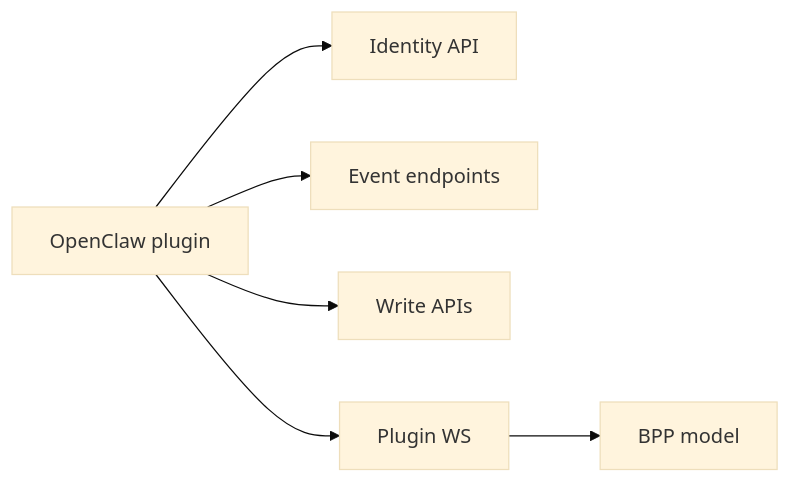
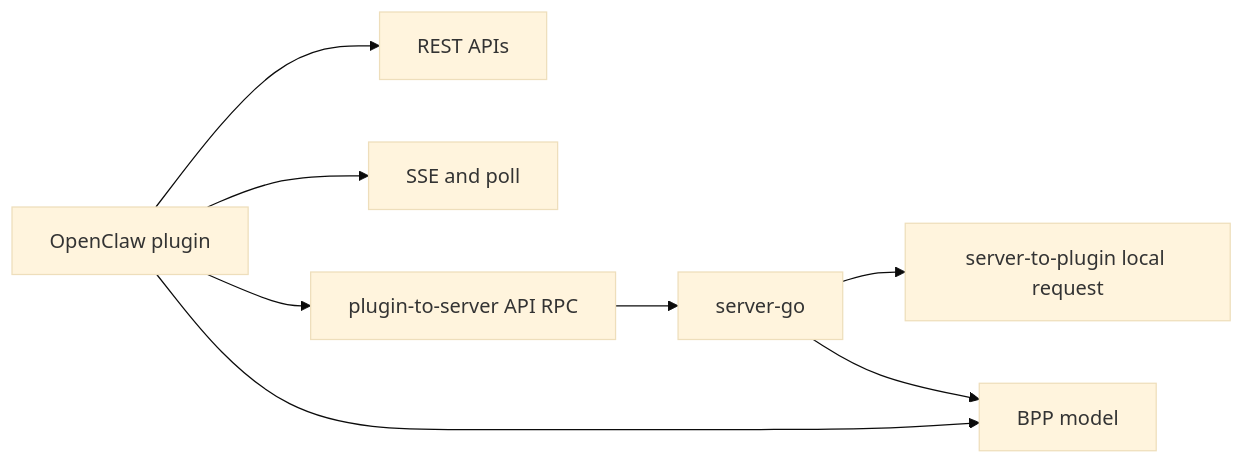
The diagram in docs/current/plugin/server-contracts.md (codetreker/borgee), drawn with Mermaid (base theme) before and after one commit. The commit also changed other lines of this file and 6 other files, not shown here.

````diff
--- a/docs/current/plugin/server-contracts.md
+++ b/docs/current/plugin/server-contracts.md
@@ -20,15 +21,18 @@
 ```mermaid
 flowchart LR
   plugin[OpenClaw plugin]
-  identity[Identity API]
-  events[Event endpoints]
-  writes[Write APIs]
-  ws[Plugin WS]
+  server[server-go]
+  rest[REST APIs]
+  stream[SSE and poll]
+  rpc[plugin-to-server API RPC]
+  local[server-to-plugin local request]
   bpp[BPP model]
 
-  plugin --> identity
-  plugin --> events
-  plugin --> writes
-  plugin --> ws
-  ws --> bpp
+  plugin --> rest
+  plugin --> stream
+  plugin --> rpc
+  rpc --> server
+  server --> local
+  plugin --> bpp
+  server --> bpp
 ```
````
